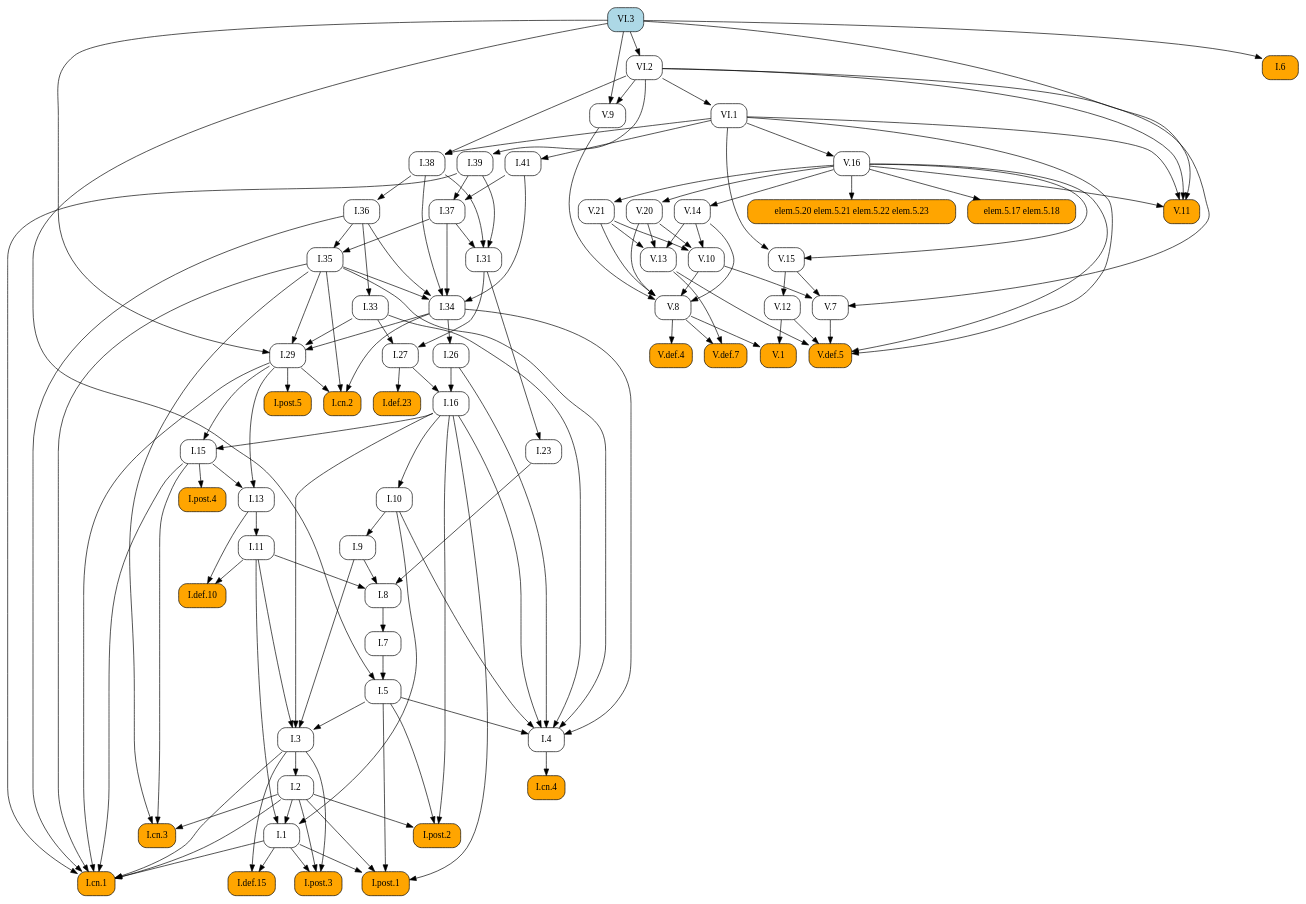
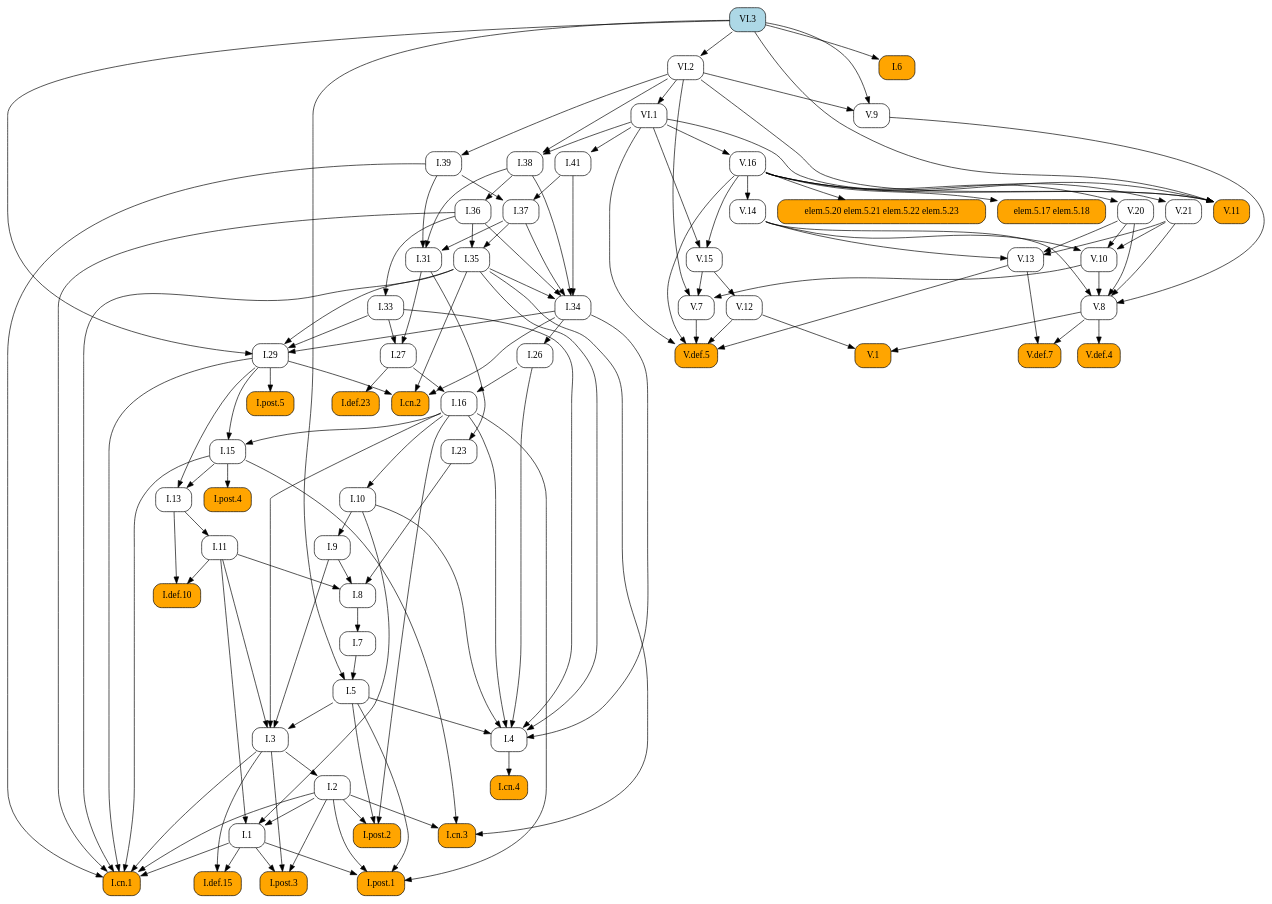
Before and after one commit to geometor/elements: the diagram in docsrc/heath/VI/3/index.rst, drawn with Graphviz. The commit also changed other lines of this file and 484 other files, not shown here.

```diff
--- a/docsrc/heath/VI/3/index.rst
+++ b/docsrc/heath/VI/3/index.rst
@@ -80,109 +80,124 @@
    digraph {
      rankdir="TB";
      node [shape=box, style=rounded];
-     "I.def.10" [style="rounded,filled", fillcolor=orange, URL="/heath/I/def.10/", target="_top"];
-     "I.11" [URL="/heath/I/11/", target="_top"];
-     "I.post.4" [style="rounded,filled", fillcolor=orange, URL="/heath/I/post.4/", target="_top"];
-     "I.1" [URL="/heath/I/1/", target="_top"];
-     "I.39" [URL="/heath/I/39/", target="_top"];
-     "I.26" [URL="/heath/I/26/", target="_top"];
-     "V.14" [URL="/heath/V/14/", target="_top"];
-     "I.29" [URL="/heath/I/29/", target="_top"];
-     "V.def.5" [style="rounded,filled", fillcolor=orange, URL="/heath/V/def.5/", target="_top"];
-     "V.12" [URL="/heath/V/12/", target="_top"];
-     "I.cn.2" [style="rounded,filled", fillcolor=orange, URL="/heath/I/cn.2/", target="_top"];
-     "V.20" [URL="/heath/V/20/", target="_top"];
-     "V.10" [URL="/heath/V/10/", target="_top"];
-     "V.11" [style="rounded,filled", fillcolor=orange, URL="/heath/V/11/", target="_top"];
-     "VI.2" [URL="/heath/VI/2/", target="_top"];
-     "V.13" [URL="/heath/V/13/", target="_top"];
-     "I.def.15" [style="rounded,filled", fillcolor=orange, URL="/heath/I/def.15/", target="_top"];
-     "I.post.3" [style="rounded,filled", fillcolor=orange, URL="/heath/I/post.3/", target="_top"];
-     "VI.1" [URL="/heath/VI/1/", target="_top"];
-     "V.15" [URL="/heath/V/15/", target="_top"];
-     "I.cn.1" [style="rounded,filled", fillcolor=orange, URL="/heath/I/cn.1/", target="_top"];
-     "I.cn.3" [style="rounded,filled", fillcolor=orange, URL="/heath/I/cn.3/", target="_top"];
-     "V.7" [URL="/heath/V/7/", target="_top"];
-     "V.9" [URL="/heath/V/9/", target="_top"];
      "V.16" [URL="/heath/V/16/", target="_top"];
      "I.23" [URL="/heath/I/23/", target="_top"];
+     "I.9" [URL="/heath/I/9/", target="_top"];
+     "I.33" [URL="/heath/I/33/", target="_top"];
+     "I.def.15" [style="rounded,filled", fillcolor=orange, URL="/heath/I/def.15/", target="_top"];
+     "V.13" [URL="/heath/V/13/", target="_top"];
+     "V.7" [URL="/heath/V/7/", target="_top"];
+     "elem.5.17 elem.5.18" [style="rounded,filled", fillcolor=orange];
+     "I.post.3" [style="rounded,filled", fillcolor=orange, URL="/heath/I/post.3/", target="_top"];
      "I.post.1" [style="rounded,filled", fillcolor=orange, URL="/heath/I/post.1/", target="_top"];
+     "V.14" [URL="/heath/V/14/", target="_top"];
+     "V.def.5" [style="rounded,filled", fillcolor=orange, URL="/heath/V/def.5/", target="_top"];
+     "V.9" [URL="/heath/V/9/", target="_top"];
+     "I.31" [URL="/heath/I/31/", target="_top"];
+     "I.def.10" [style="rounded,filled", fillcolor=orange, URL="/heath/I/def.10/", target="_top"];
+     "V.10" [URL="/heath/V/10/", target="_top"];
+     "VI.1" [URL="/heath/VI/1/", target="_top"];
+     "I.27" [URL="/heath/I/27/", target="_top"];
+     "I.39" [URL="/heath/I/39/", target="_top"];
+     "V.20" [URL="/heath/V/20/", target="_top"];
+     "V.11" [style="rounded,filled", fillcolor=orange, URL="/heath/V/11/", target="_top"];
+     "I.34" [URL="/heath/I/34/", target="_top"];
+     "V.12" [URL="/heath/V/12/", target="_top"];
+     "I.3" [URL="/heath/I/3/", target="_top"];
+     "V.def.4" [style="rounded,filled", fillcolor=orange, URL="/heath/V/def.4/", target="_top"];
      "I.35" [URL="/heath/I/35/", target="_top"];
-     "V.8" [URL="/heath/V/8/", target="_top"];
-     "I.36" [URL="/heath/I/36/", target="_top"];
-     "I.41" [URL="/heath/I/41/", target="_top"];
-     "I.27" [URL="/heath/I/27/", target="_top"];
-     "I.37" [URL="/heath/I/37/", target="_top"];
-     "I.6" [style="rounded,filled", fillcolor=orange, URL="/heath/I/6/", target="_top"];
-     "I.3" [URL="/heath/I/3/", target="_top"];
-     "I.34" [URL="/heath/I/34/", target="_top"];
+     "I.cn.1" [style="rounded,filled", fillcolor=orange, URL="/heath/I/cn.1/", target="_top"];
+     "V.def.7" [style="rounded,filled", fillcolor=orange, URL="/heath/V/def.7/", target="_top"];
      "I.7" [URL="/heath/I/7/", target="_top"];
      "I.2" [URL="/heath/I/2/", target="_top"];
+     "V.21" [URL="/heath/V/21/", target="_top"];
+     "I.36" [URL="/heath/I/36/", target="_top"];
+     "I.13" [URL="/heath/I/13/", target="_top"];
+     "I.post.4" [style="rounded,filled", fillcolor=orange, URL="/heath/I/post.4/", target="_top"];
      "I.4" [URL="/heath/I/4/", target="_top"];
+     "I.1" [URL="/heath/I/1/", target="_top"];
+     "I.5" [URL="/heath/I/5/", target="_top"];
+     "I.37" [URL="/heath/I/37/", target="_top"];
+     "I.8" [URL="/heath/I/8/", target="_top"];
+     "VI.3" [style="rounded,filled", fillcolor=lightblue, URL="/heath/VI/3/", target="_top"];
+     "I.29" [URL="/heath/I/29/", target="_top"];
+     "I.cn.3" [style="rounded,filled", fillcolor=orange, URL="/heath/I/cn.3/", target="_top"];
+     "I.16" [URL="/heath/I/16/", target="_top"];
+     "I.38" [URL="/heath/I/38/", target="_top"];
+     "V.8" [URL="/heath/V/8/", target="_top"];
+     "I.15" [URL="/heath/I/15/", target="_top"];
+     "V.1" [style="rounded,filled", fillcolor=orange, URL="/heath/V/1/", target="_top"];
+     "I.11" [URL="/heath/I/11/", target="_top"];
      "I.def.23" [style="rounded,filled", fillcolor=orange, URL="/heath/I/def.23/", target="_top"];
-     "I.13" [URL="/heath/I/13/", target="_top"];
-     "I.33" [URL="/heath/I/33/", target="_top"];
+     "I.10" [URL="/heath/I/10/", target="_top"];
+     "I.cn.2" [style="rounded,filled", fillcolor=orange, URL="/heath/I/cn.2/", target="_top"];
+     "I.post.5" [style="rounded,filled", fillcolor=orange, URL="/heath/I/post.5/", target="_top"];
+     "VI.2" [URL="/heath/VI/2/", target="_top"];
+     "I.cn.4" [style="rounded,filled", fillcolor=orange, URL="/heath/I/cn.4/", target="_top"];
      "I.post.2" [style="rounded,filled", fillcolor=orange, URL="/heath/I/post.2/", target="_top"];
-     "I.31" [URL="/heath/I/31/", target="_top"];
-     "VI.3" [style="rounded,filled", fillcolor=lightblue, URL="/heath/VI/3/", target="_top"];
-     "V.1" [style="rounded,filled", fillcolor=orange, URL="/heath/V/1/", target="_top"];
-     "I.16" [URL="/heath/I/16/", target="_top"];
+     "I.41" [URL="/heath/I/41/", target="_top"];
+     "V.15" [URL="/heath/V/15/", target="_top"];
+     "I.26" [URL="/heath/I/26/", target="_top"];
+     "I.6" [style="rounded,filled", fillcolor=orange, URL="/heath/I/6/", target="_top"];
      "elem.5.20 elem.5.21 elem.5.22 elem.5.23" [style="rounded,filled", fillcolor=orange];
-     "elem.5.17 elem.5.18" [style="rounded,filled", fillcolor=orange];
-     "I.9" [URL="/heath/I/9/", target="_top"];
-     "I.8" [URL="/heath/I/8/", target="_top"];
-     "I.cn.4" [style="rounded,filled", fillcolor=orange, URL="/heath/I/cn.4/", target="_top"];
-     "V.def.4" [style="rounded,filled", fillcolor=orange, URL="/heath/V/def.4/", target="_top"];
-     "I.15" [URL="/heath/I/15/", target="_top"];
-     "I.post.5" [style="rounded,filled", fillcolor=orange, URL="/heath/I/post.5/", target="_top"];
-     "I.38" [URL="/heath/I/38/", target="_top"];
-     "V.def.7" [style="rounded,filled", fillcolor=orange, URL="/heath/V/def.7/", target="_top"];
-     "I.10" [URL="/heath/I/10/", target="_top"];
-     "I.5" [URL="/heath/I/5/", target="_top"];
-     "V.21" [URL="/heath/V/21/", target="_top"];
-     "I.11" -> "I.def.10";
-     "I.13" -> "I.def.10";
-     "I.13" -> "I.11";
-     "I.15" -> "I.post.4";
-     "I.2" -> "I.1";
-     "I.10" -> "I.1";
-     "I.11" -> "I.1";
-     "VI.2" -> "I.39";
-     "I.34" -> "I.26";
+     "VI.1" -> "V.16";
+     "I.31" -> "I.23";
+     "I.10" -> "I.9";
+     "I.36" -> "I.33";
+     "I.1" -> "I.def.15";
+     "I.3" -> "I.def.15";
+     "V.14" -> "V.13";
+     "V.20" -> "V.13";
+     "V.21" -> "V.13";
+     "V.10" -> "V.7";
+     "V.15" -> "V.7";
+     "VI.2" -> "V.7";
+     "V.16" -> "elem.5.17 elem.5.18";
+     "I.1" -> "I.post.3";
+     "I.2" -> "I.post.3";
+     "I.3" -> "I.post.3";
+     "I.1" -> "I.post.1";
+     "I.2" -> "I.post.1";
+     "I.5" -> "I.post.1";
+     "I.16" -> "I.post.1";
      "V.16" -> "V.14";
-     "I.33" -> "I.29";
-     "I.34" -> "I.29";
-     "I.35" -> "I.29";
-     "VI.3" -> "I.29";
      "V.7" -> "V.def.5";
      "V.12" -> "V.def.5";
      "V.13" -> "V.def.5";
      "V.16" -> "V.def.5";
      "VI.1" -> "V.def.5";
-     "V.15" -> "V.12";
-     "I.29" -> "I.cn.2";
-     "I.34" -> "I.cn.2";
-     "I.35" -> "I.cn.2";
-     "V.16" -> "V.20";
+     "VI.2" -> "V.9";
+     "VI.3" -> "V.9";
+     "I.37" -> "I.31";
+     "I.38" -> "I.31";
+     "I.39" -> "I.31";
+     "I.11" -> "I.def.10";
+     "I.13" -> "I.def.10";
      "V.14" -> "V.10";
      "V.20" -> "V.10";
      "V.21" -> "V.10";
+     "VI.2" -> "VI.1";
+     "I.31" -> "I.27";
+     "I.33" -> "I.27";
+     "VI.2" -> "I.39";
+     "V.16" -> "V.20";
      "V.16" -> "V.11";
      "VI.1" -> "V.11";
      "VI.2" -> "V.11";
      "VI.3" -> "V.11";
-     "VI.3" -> "VI.2";
-     "V.14" -> "V.13";
-     "V.20" -> "V.13";
-     "V.21" -> "V.13";
-     "I.1" -> "I.def.15";
-     "I.3" -> "I.def.15";
-     "I.1" -> "I.post.3";
-     "I.2" -> "I.post.3";
-     "I.3" -> "I.post.3";
-     "VI.2" -> "VI.1";
-     "V.16" -> "V.15";
-     "VI.1" -> "V.15";
+     "I.35" -> "I.34";
+     "I.36" -> "I.34";
+     "I.37" -> "I.34";
+     "I.38" -> "I.34";
+     "I.41" -> "I.34";
+     "V.15" -> "V.12";
+     "I.5" -> "I.3";
+     "I.9" -> "I.3";
+     "I.11" -> "I.3";
+     "I.16" -> "I.3";
+     "V.8" -> "V.def.4";
+     "I.36" -> "I.35";
+     "I.37" -> "I.35";
      "I.1" -> "I.cn.1";
      "I.2" -> "I.cn.1";
      "I.3" -> "I.cn.1";
@@ -191,45 +206,15 @@
      "I.35" -> "I.cn.1";
      "I.36" -> "I.cn.1";
      "I.39" -> "I.cn.1";
-     "I.2" -> "I.cn.3";
-     "I.15" -> "I.cn.3";
-     "I.35" -> "I.cn.3";
-     "V.10" -> "V.7";
-     "V.15" -> "V.7";
-     "VI.2" -> "V.7";
-     "VI.2" -> "V.9";
-     "VI.3" -> "V.9";
-     "VI.1" -> "V.16";
-     "I.31" -> "I.23";
-     "I.1" -> "I.post.1";
-     "I.2" -> "I.post.1";
-     "I.5" -> "I.post.1";
-     "I.16" -> "I.post.1";
-     "I.36" -> "I.35";
-     "I.37" -> "I.35";
-     "V.9" -> "V.8";
-     "V.10" -> "V.8";
-     "V.14" -> "V.8";
-     "V.20" -> "V.8";
-     "V.21" -> "V.8";
-     "I.38" -> "I.36";
-     "VI.1" -> "I.41";
-     "I.31" -> "I.27";
-     "I.33" -> "I.27";
-     "I.39" -> "I.37";
-     "I.41" -> "I.37";
-     "VI.3" -> "I.6";
-     "I.5" -> "I.3";
-     "I.9" -> "I.3";
-     "I.11" -> "I.3";
-     "I.16" -> "I.3";
-     "I.35" -> "I.34";
-     "I.36" -> "I.34";
-     "I.37" -> "I.34";
-     "I.38" -> "I.34";
-     "I.41" -> "I.34";
+     "V.8" -> "V.def.7";
+     "V.13" -> "V.def.7";
      "I.8" -> "I.7";
      "I.3" -> "I.2";
+     "V.16" -> "V.21";
+     "I.38" -> "I.36";
+     "I.15" -> "I.13";
+     "I.29" -> "I.13";
+     "I.15" -> "I.post.4";
      "I.5" -> "I.4";
      "I.10" -> "I.4";
      "I.16" -> "I.4";
@@ -237,37 +222,52 @@
      "I.33" -> "I.4";
      "I.34" -> "I.4";
      "I.35" -> "I.4";
+     "I.2" -> "I.1";
+     "I.10" -> "I.1";
+     "I.11" -> "I.1";
+     "I.7" -> "I.5";
+     "VI.3" -> "I.5";
+     "I.39" -> "I.37";
+     "I.41" -> "I.37";
+     "I.9" -> "I.8";
+     "I.11" -> "I.8";
+     "I.23" -> "I.8";
+     "I.33" -> "I.29";
+     "I.34" -> "I.29";
+     "I.35" -> "I.29";
+     "VI.3" -> "I.29";
+     "I.2" -> "I.cn.3";
+     "I.15" -> "I.cn.3";
+     "I.35" -> "I.cn.3";
+     "I.26" -> "I.16";
+     "I.27" -> "I.16";
+     "VI.1" -> "I.38";
+     "VI.2" -> "I.38";
+     "V.9" -> "V.8";
+     "V.10" -> "V.8";
+     "V.14" -> "V.8";
+     "V.20" -> "V.8";
+     "V.21" -> "V.8";
+     "I.16" -> "I.15";
+     "I.29" -> "I.15";
+     "V.8" -> "V.1";
+     "V.12" -> "V.1";
+     "I.13" -> "I.11";
      "I.27" -> "I.def.23";
-     "I.15" -> "I.13";
-     "I.29" -> "I.13";
-     "I.36" -> "I.33";
+     "I.16" -> "I.10";
+     "I.29" -> "I.cn.2";
+     "I.34" -> "I.cn.2";
+     "I.35" -> "I.cn.2";
+     "I.29" -> "I.post.5";
+     "VI.3" -> "VI.2";
+     "I.4" -> "I.cn.4";
      "I.2" -> "I.post.2";
      "I.5" -> "I.post.2";
      "I.16" -> "I.post.2";
-     "I.37" -> "I.31";
-     "I.38" -> "I.31";
-     "I.39" -> "I.31";
-     "V.8" -> "V.1";
-     "V.12" -> "V.1";
-     "I.26" -> "I.16";
-     "I.27" -> "I.16";
+     "VI.1" -> "I.41";
+     "V.16" -> "V.15";
+     "VI.1" -> "V.15";
+     "I.34" -> "I.26";
+     "VI.3" -> "I.6";
      "V.16" -> "elem.5.20 elem.5.21 elem.5.22 elem.5.23";
-     "V.16" -> "elem.5.17 elem.5.18";
-     "I.10" -> "I.9";
-     "I.9" -> "I.8";
-     "I.11" -> "I.8";
-     "I.23" -> "I.8";
-     "I.4" -> "I.cn.4";
-     "V.8" -> "V.def.4";
-     "I.16" -> "I.15";
-     "I.29" -> "I.15";
-     "I.29" -> "I.post.5";
-     "VI.1" -> "I.38";
-     "VI.2" -> "I.38";
-     "V.8" -> "V.def.7";
-     "V.13" -> "V.def.7";
-     "I.16" -> "I.10";
-     "I.7" -> "I.5";
-     "VI.3" -> "I.5";
-     "V.16" -> "V.21";
    }
```
